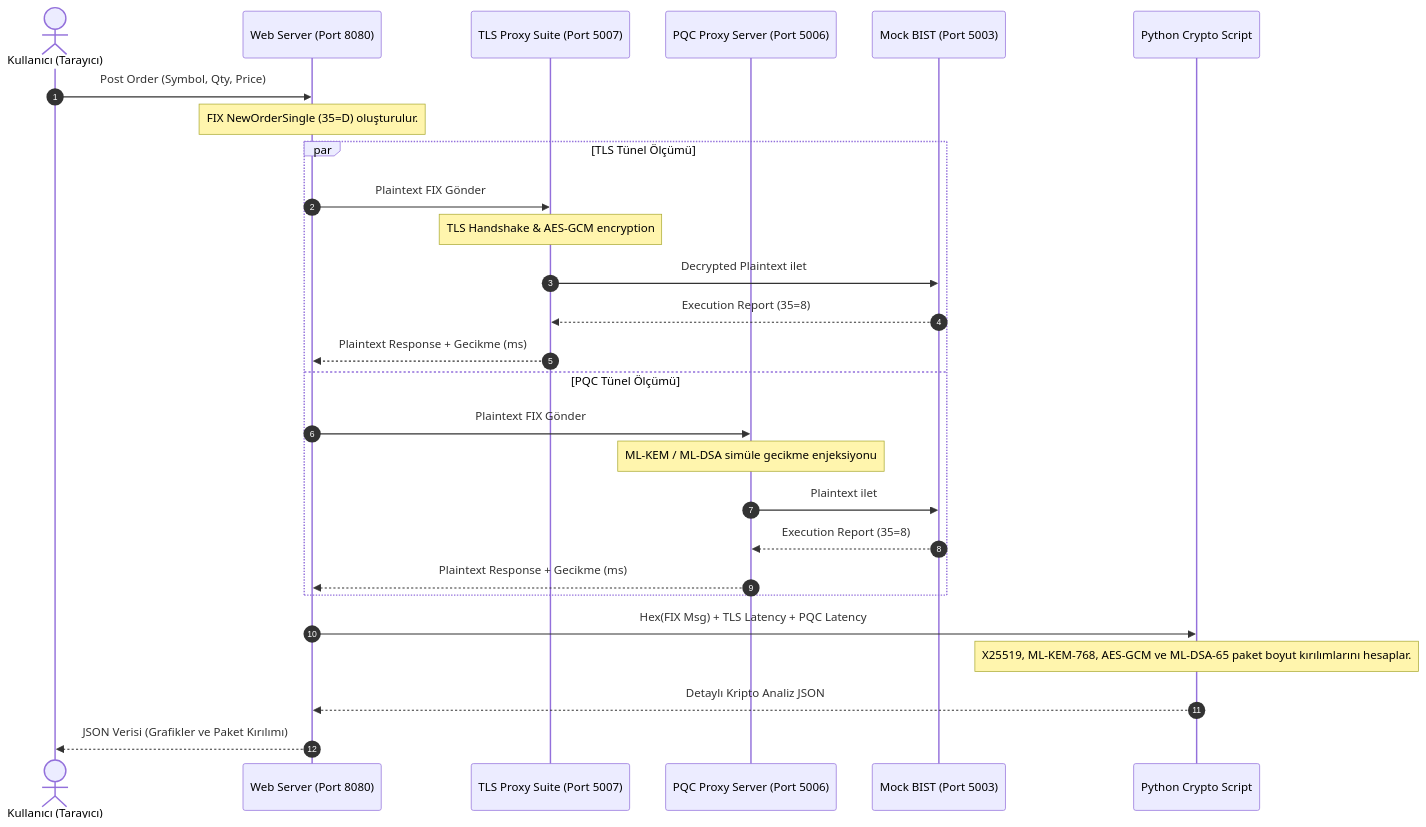
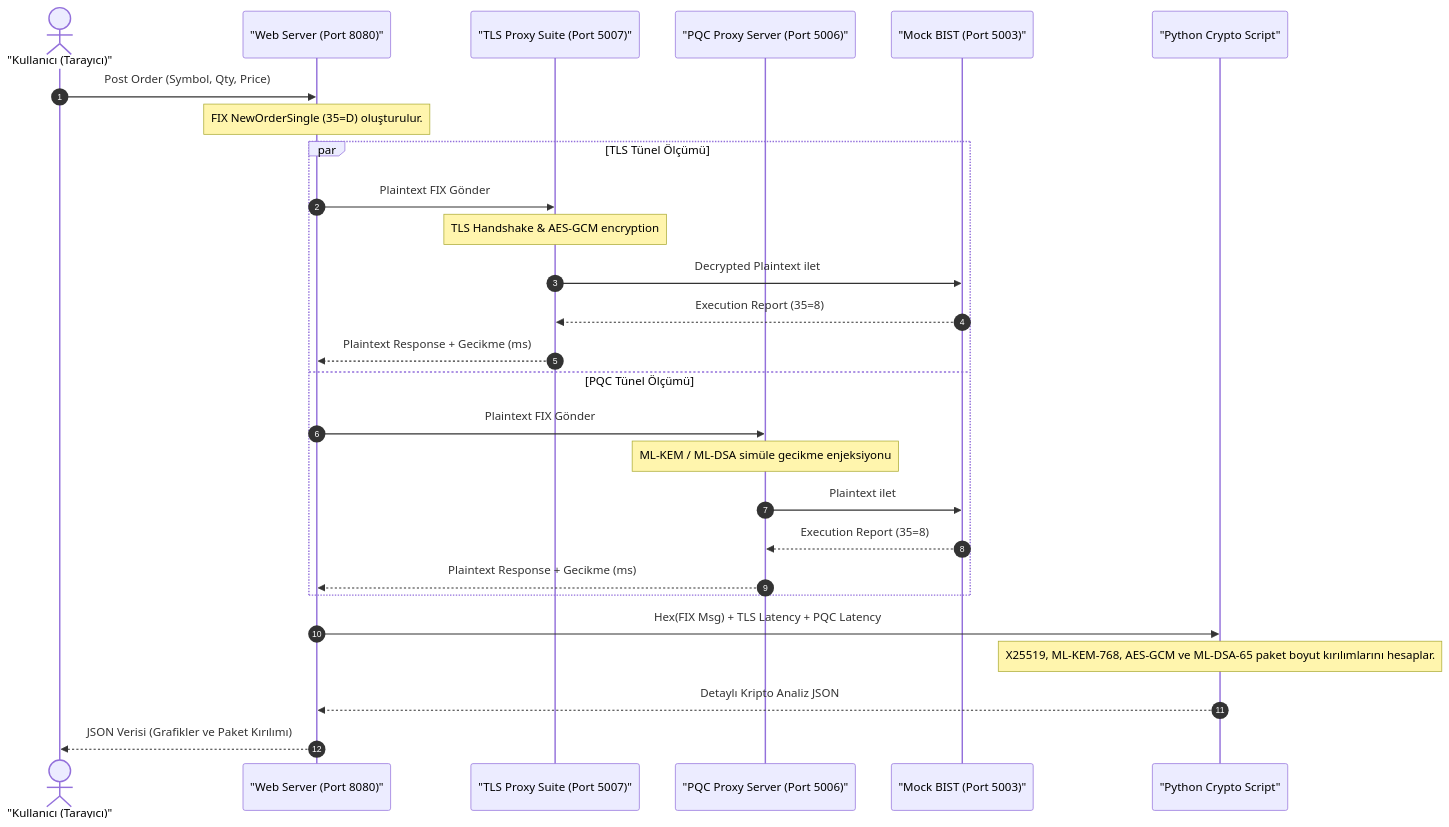
Before and after one commit to kaanirmak/FIX-Q: the second of 2 diagrams in docs/00_genel_mimari.md, drawn with Mermaid. The commit also changed other lines of this file and 7 other files, not shown here.

Commit message:
feat: add quantum resistance comparison dashboard to UI and update architectural documentation diagrams

````diff
--- a/docs/00_genel_mimari.md
+++ b/docs/00_genel_mimari.md
@@ -65,32 +65,32 @@
 ```mermaid
 sequenceDiagram
     autonumber
-    actor User as Kullanıcı (Tarayıcı)
-    participant WS as Web Server (Port 8080)
-    participant TP as TLS Proxy Suite (Port 5007)
-    participant PP as PQC Proxy Server (Port 5006)
-    participant BIST as Mock BIST (Port 5003)
-    participant PY as Python Crypto Script
+    actor User as "Kullanıcı (Tarayıcı)"
+    participant WS as "Web Server (Port 8080)"
+    participant TP as "TLS Proxy Suite (Port 5007)"
+    participant PP as "PQC Proxy Server (Port 5006)"
+    participant BIST as "Mock BIST (Port 5003)"
+    participant PY as "Python Crypto Script"
 
     User->>WS: Post Order (Symbol, Qty, Price)
     Note over WS: FIX NewOrderSingle (35=D) oluşturulur.
     
     par TLS Tünel Ölçümü
         WS->>TP: Plaintext FIX Gönder
         Note over TP: TLS Handshake & AES-GCM encryption
         TP->>BIST: Decrypted Plaintext ilet
         BIST-->>TP: Execution Report (35=8)
         TP-->>WS: Plaintext Response + Gecikme (ms)
     and PQC Tünel Ölçümü
         WS->>PP: Plaintext FIX Gönder
         Note over PP: ML-KEM / ML-DSA simüle gecikme enjeksiyonu
         PP->>BIST: Plaintext ilet
         BIST-->>PP: Execution Report (35=8)
         PP-->>WS: Plaintext Response + Gecikme (ms)
     end
 
     WS->>PY: Hex(FIX Msg) + TLS Latency + PQC Latency
     Note over PY: X25519, ML-KEM-768, AES-GCM ve ML-DSA-65 paket boyut kırılımlarını hesaplar.
     PY-->>WS: Detaylı Kripto Analiz JSON
     WS-->>User: JSON Verisi (Grafikler ve Paket Kırılımı)
 ```
````
